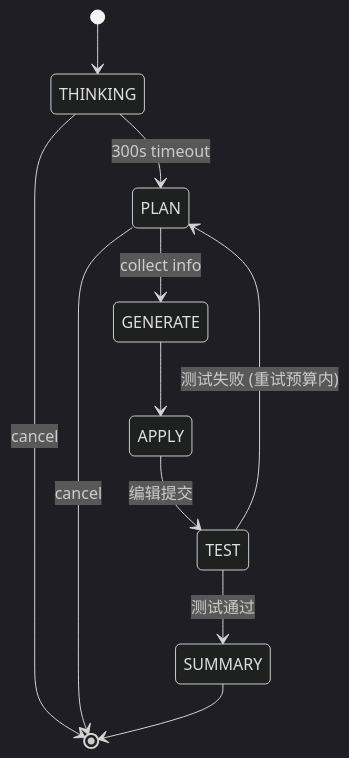
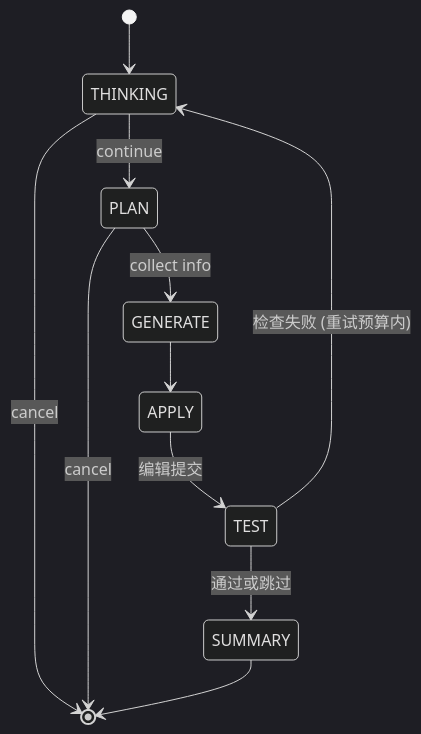
One commit to NumarAI/numar-releases changed the second of 3 diagrams in README.zh-CN.md. Above: the diagram before and after it, drawn with Mermaid (dark theme). The commit also changed other lines of this file and 1 other file, not shown here.

First line of the commit message:
docs: refresh README for Agent Workflow, SO Mode, and Compile/Test

````diff
--- a/README.zh-CN.md
+++ b/README.zh-CN.md
@@ -188,13 +210,13 @@
 ```mermaid
 stateDiagram-v2
     [*] --> THINKING
-    THINKING --> PLAN: 300s timeout
+    THINKING --> PLAN: continue
     THINKING --> [*]: cancel
     PLAN --> GENERATE: collect info
     PLAN --> [*]: cancel
     GENERATE --> APPLY
     APPLY --> TEST: 编辑提交
-    TEST --> SUMMARY: 测试通过
-    TEST --> PLAN: 测试失败 (重试预算内)
+    TEST --> SUMMARY: 通过或跳过
+    TEST --> THINKING: 检查失败 (重试预算内)
     SUMMARY --> [*]
 ```
````
